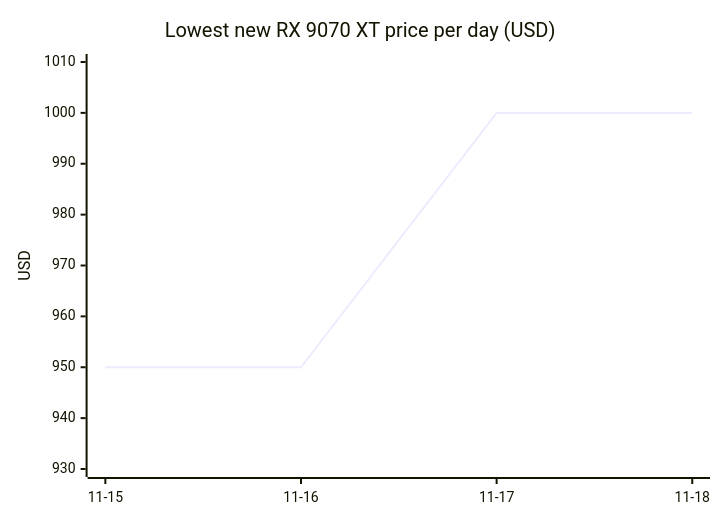
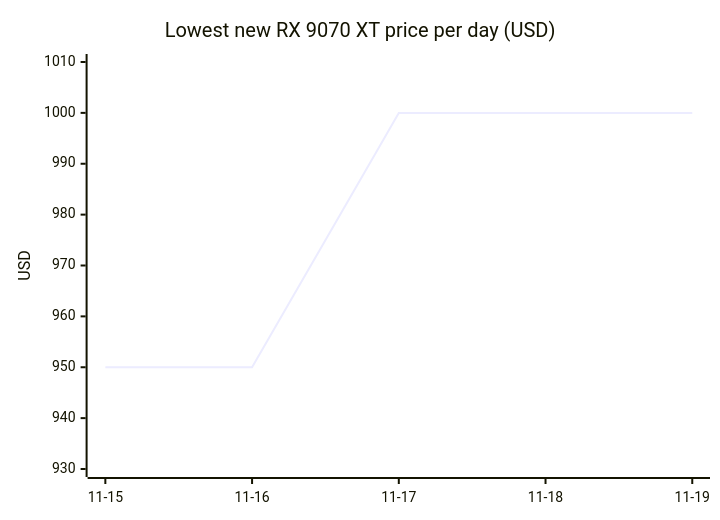
Diagram 11 of 18 in README.md (7324136828/4tb_ssd_price_watch), drawn with Mermaid before and after one commit. The commit also changed other lines of this file, not shown here.

````diff
--- a/README.md
+++ b/README.md
@@ -864,7 +944,7 @@
 ```mermaid
 xychart-beta
     title "Lowest new RX 9070 XT price per day (USD)"
-    x-axis ["11-15", "11-16", "11-17", "11-18"]
+    x-axis ["11-15", "11-16", "11-17", "11-18", "11-19"]
     y-axis "USD" 930 --> 1010
-    line [949.99, 949.99, 999.99, 999.99]
+    line [949.99, 949.99, 999.99, 999.99, 999.99]
 ```
````
